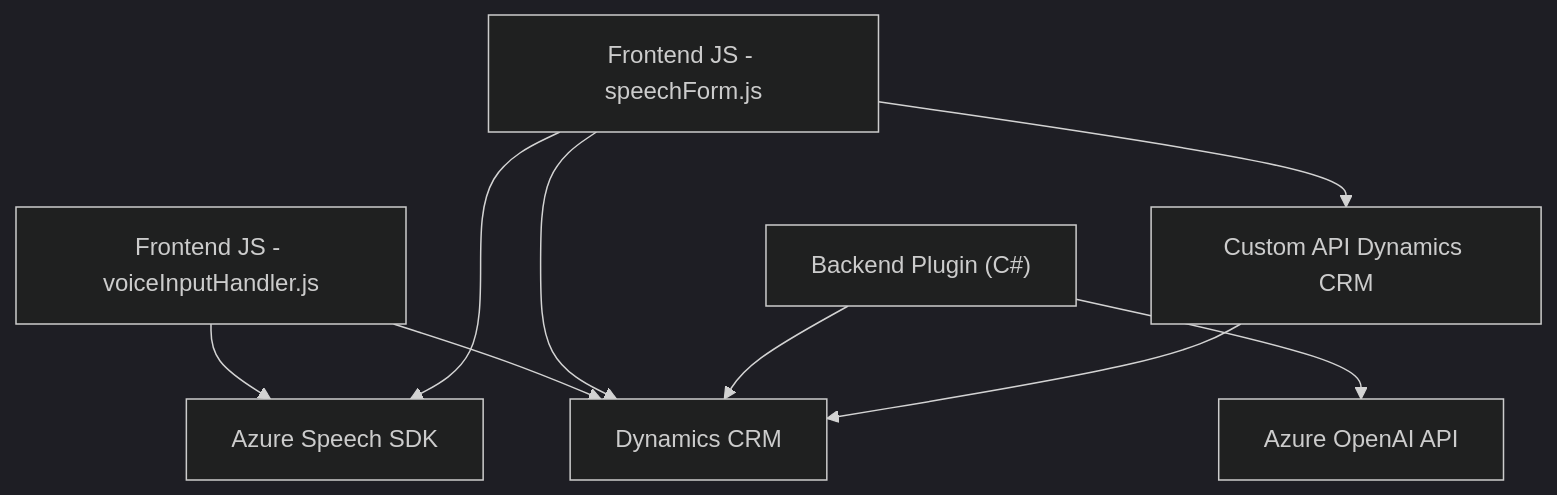
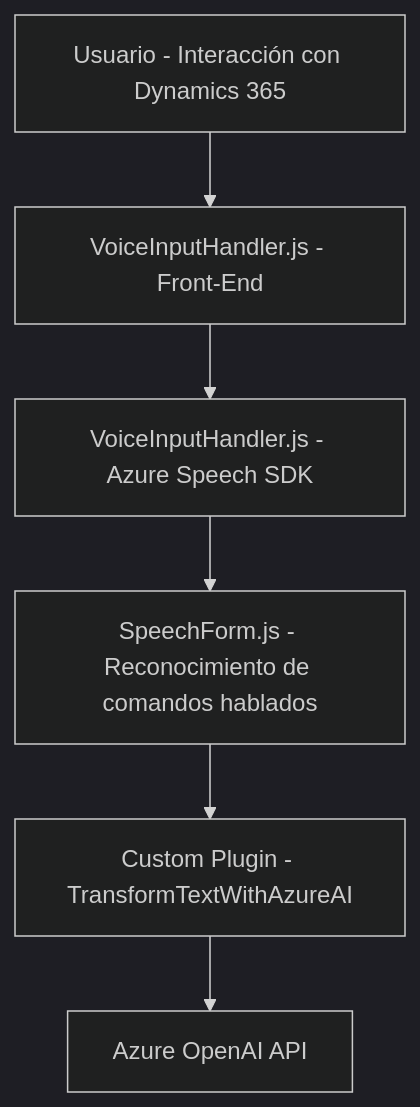
One commit to blopezdm/NETCORE_BILBAO2025 changed the diagram in README.md. Above: the diagram before and after it, drawn with Mermaid (dark theme). The commit also changed other lines of this file, not shown here.

Commit message:
Actualizar análisis global de la solución con IA

````diff
--- a/README.md
+++ b/README.md
@@ -51,19 +46,15 @@
 ```mermaid
 graph TD
-    A["Frontend JS - voiceInputHandler.js"]
-    B["Frontend JS - speechForm.js"]
-    C["Backend Plugin (C#)"]
-    D["Dynamics CRM"]
-    E["Azure Speech SDK"]
+    A["Usuario - Interacción con Dynamics 365"]
+    B["VoiceInputHandler.js - Front-End"]
+    C["VoiceInputHandler.js - Azure Speech SDK"]
+    D["SpeechForm.js - Reconocimiento de comandos hablados"]
+    E["Custom Plugin - TransformTextWithAzureAI"]
     F["Azure OpenAI API"]
-    G["Custom API Dynamics CRM"]
 
-    A --> E
-    B --> E
-    A --> D
-    B --> D
+    A --> B
+    B --> C
     C --> D
-    C --> F
-    B --> G
-    G --> D
+    D --> E
+    E --> F
 ```
````
